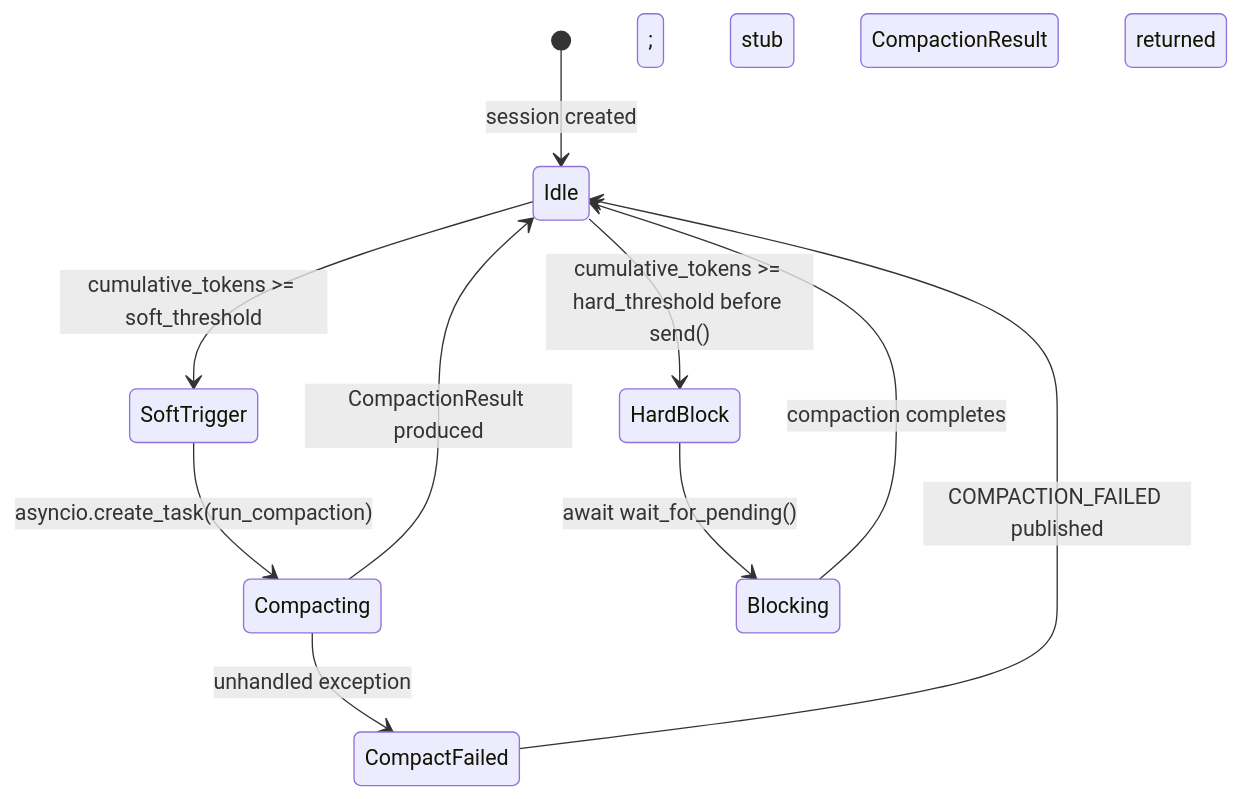
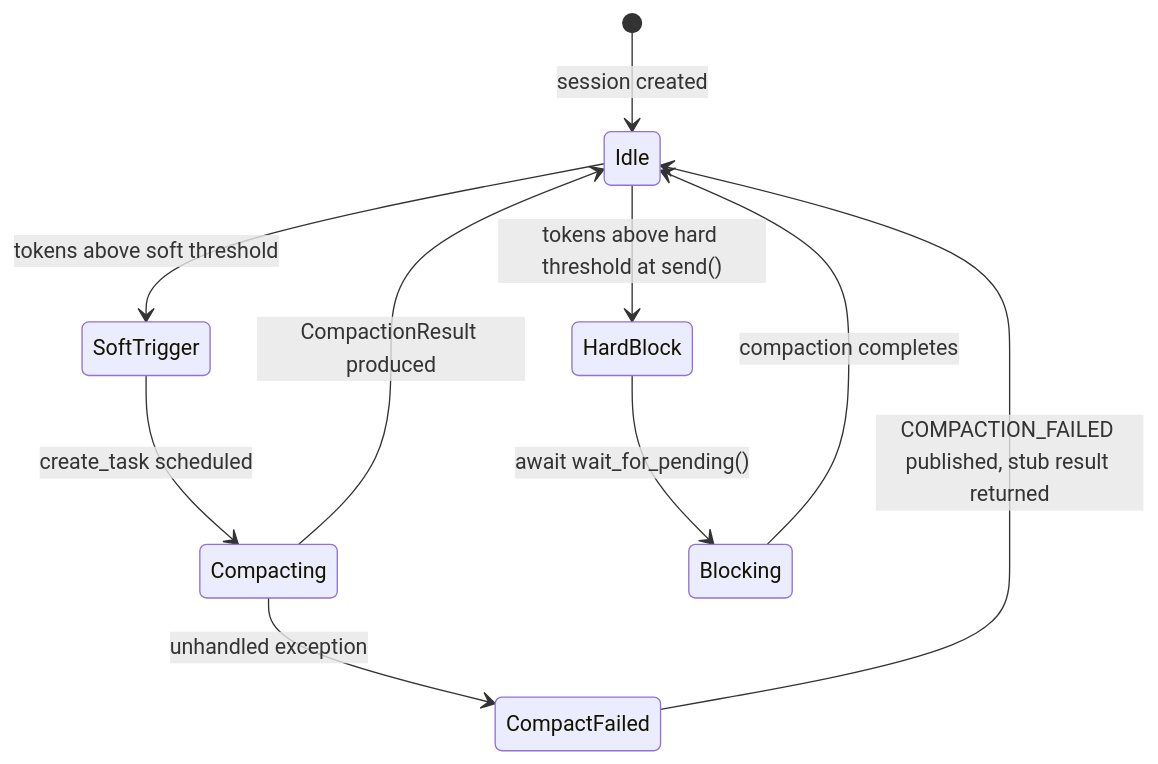
One commit to Lucenor/mnesis changed the third of 3 diagrams in docs/architecture.md. Above: the diagram before and after it, drawn with Mermaid. The commit also changed other lines of this file, not shown here.

Commit message:
docs: fix Mermaid syntax errors in architecture.md diagrams (#48)
Sequence diagram: SDS (SummaryDAGStore) was referenced in message
arrows but missing from the participant declarations, causing renderers
to reject the diagram. Added the declaration after ContextBuilder.

State diagram: three transition labels used >= operators and a
semicolon, which Mermaid's stateDiagram-v2 parser treats as delimiters
and breaks label parsing. Also replaced the asyncio.create_task(...)
label (parentheses in labels are fragile) with plain English. Specific
replacements:

- "cumulative_tokens >= soft_threshold"        → "tokens above soft threshold"
- "asyncio.create_task(run_compaction)"        → "create_task scheduled"
- "cumulative_tokens >= hard_threshold ..."    → "tokens above hard threshold at send()"
- "COMPACTION_FAILED published; stub ..."      → "COMPACTION_FAILED published, stub result returned"

````diff
--- a/docs/architecture.md
+++ b/docs/architecture.md
@@ -292,15 +293,15 @@
 ```mermaid
 stateDiagram-v2
     [*] --> Idle : session created
 
-    Idle --> SoftTrigger : cumulative_tokens >= soft_threshold
-    SoftTrigger --> Compacting : asyncio.create_task(run_compaction)
+    Idle --> SoftTrigger : tokens above soft threshold
+    SoftTrigger --> Compacting : create_task scheduled
     Compacting --> Idle : CompactionResult produced
 
-    Idle --> HardBlock : cumulative_tokens >= hard_threshold before send()
+    Idle --> HardBlock : tokens above hard threshold at send()
     HardBlock --> Blocking : await wait_for_pending()
     Blocking --> Idle : compaction completes
 
     Compacting --> CompactFailed : unhandled exception
-    CompactFailed --> Idle : COMPACTION_FAILED published; stub CompactionResult returned
+    CompactFailed --> Idle : COMPACTION_FAILED published, stub result returned
 ```
````
